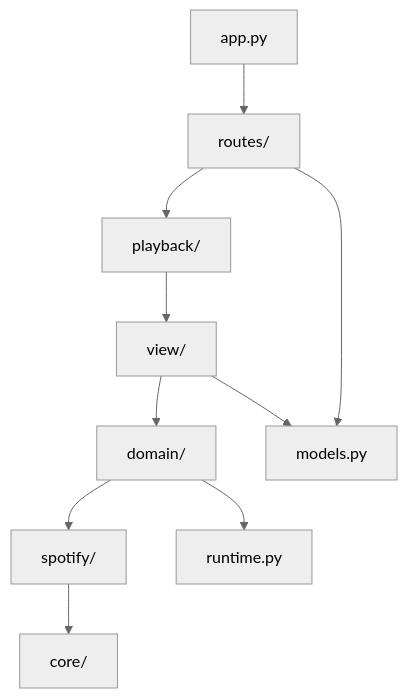
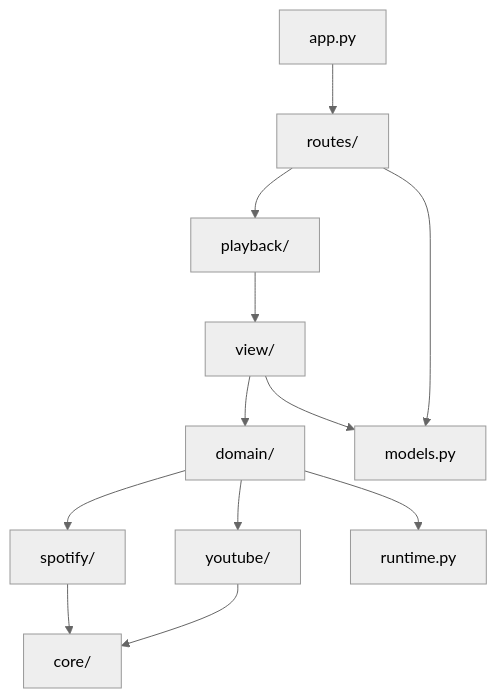
Before and after one commit to pumba-dev/party-jukebox: the third of 3 diagrams in .docs/03-arquitetura.md, drawn with Mermaid (neutral theme). The commit also changed other lines of this file and 14 other files, not shown here.

````diff
--- a/.docs/03-arquitetura.md
+++ b/.docs/03-arquitetura.md
@@ -375,12 +386,14 @@
 ```mermaid
 flowchart TD
     A["app.py"] --> R["routes/"]
     R --> P["playback/"]
     P --> V["view/"]
     V --> D["domain/"]
     D --> S["spotify/"]
+    D --> Y["youtube/"]
     S --> C["core/"]
+    Y --> C
     R --> M["models.py"]
     V --> M
     D --> RT["runtime.py"]
 ```
````
